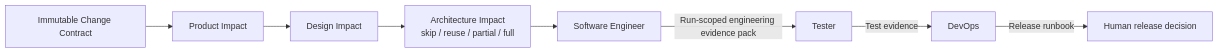
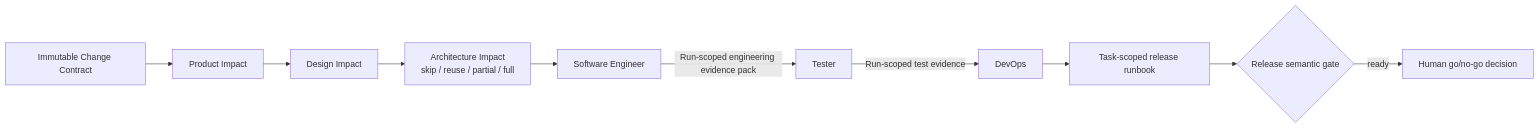
One commit to davych/agents-instruction changed the first of 2 diagrams in README.md. Above: the diagram before and after it, drawn with Mermaid. The commit also changed other lines of this file and 83 other files, not shown here.

````diff
--- a/README.md
+++ b/README.md
@@ -23,10 +25,12 @@
 ```mermaid
 flowchart LR
   Intent["Immutable Change Contract"] --> Product["Product Impact"]
   Product --> Design["Design Impact"]
   Design --> Architect["Architecture Impact<br/>skip / reuse / partial / full"]
   Architect --> Engineer["Software Engineer"]
   Engineer -->|"Run-scoped engineering evidence pack"| Tester["Tester"]
-  Tester -->|"Test evidence"| DevOps["DevOps"]
-  DevOps -->|"Release runbook"| Human["Human release decision"]
+  Tester -->|"Run-scoped test evidence"| DevOps["DevOps"]
+  DevOps --> Runbook["Task-scoped release runbook"]
+  Runbook --> Gate{"Release semantic gate"}
+  Gate -->|"ready"| Human["Human go/no-go decision"]
 ```
````
